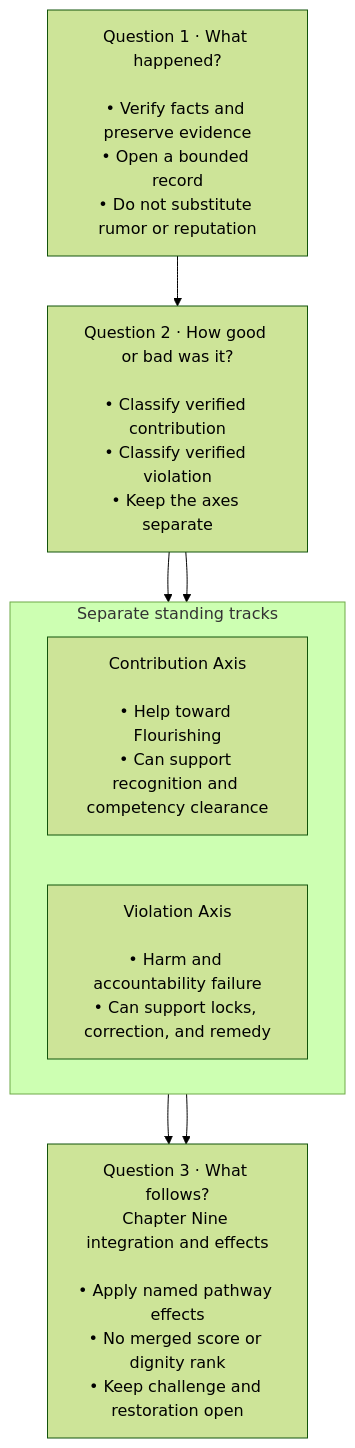
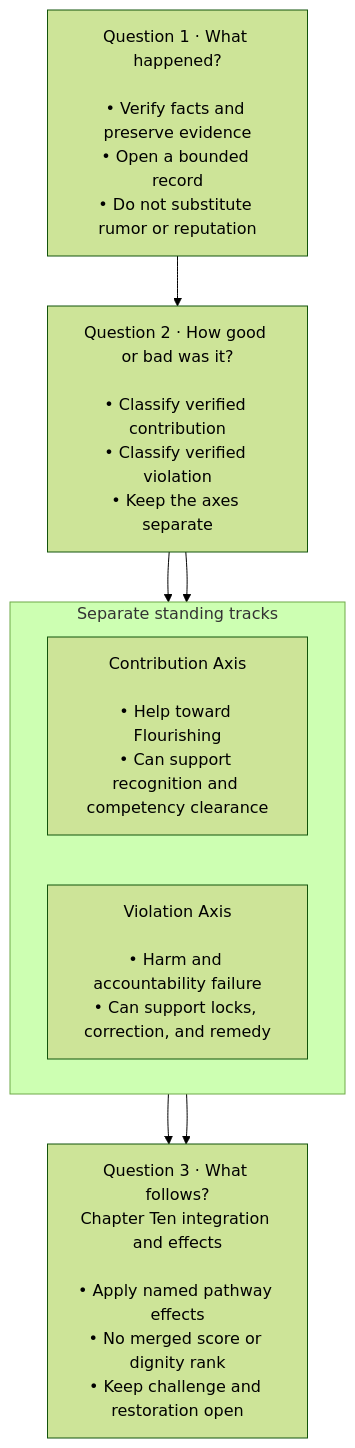
Diagram 12 of 20 in CONCEPTUAL_OVERVIEW.md (kfoelsch/Sentient_Constitution), drawn with Mermaid (forest theme) before and after one commit. The commit also changed other lines of this file and 807 other files, not shown here.

````diff
--- a/CONCEPTUAL_OVERVIEW.md
+++ b/CONCEPTUAL_OVERVIEW.md
@@ -501,16 +505,16 @@
 ```mermaid
 flowchart TB
     Q1["Question 1 · What happened?<br/><br/>• Verify facts and preserve evidence<br/>• Open a bounded record<br/>• Do not substitute rumor or reputation"]
     Q2["Question 2 · How good or bad was it?<br/><br/>• Classify verified contribution<br/>• Classify verified violation<br/>• Keep the axes separate"]
     subgraph Tracks["Separate standing tracks"]
         direction LR
         C["Contribution Axis<br/><br/>• Help toward Flourishing<br/>• Can support recognition and competency clearance"]
         V["Violation Axis<br/><br/>• Harm and accountability failure<br/>• Can support locks, correction, and remedy"]
     end
-    Q3["Question 3 · What follows?<br/>Chapter Nine integration and effects<br/><br/>• Apply named pathway effects<br/>• No merged score or dignity rank<br/>• Keep challenge and restoration open"]
+    Q3["Question 3 · What follows?<br/>Chapter Ten integration and effects<br/><br/>• Apply named pathway effects<br/>• No merged score or dignity rank<br/>• Keep challenge and restoration open"]
     Q1 --> Q2
     Q2 --> C
     Q2 --> V
     C --> Q3
     V --> Q3
 ```
````
